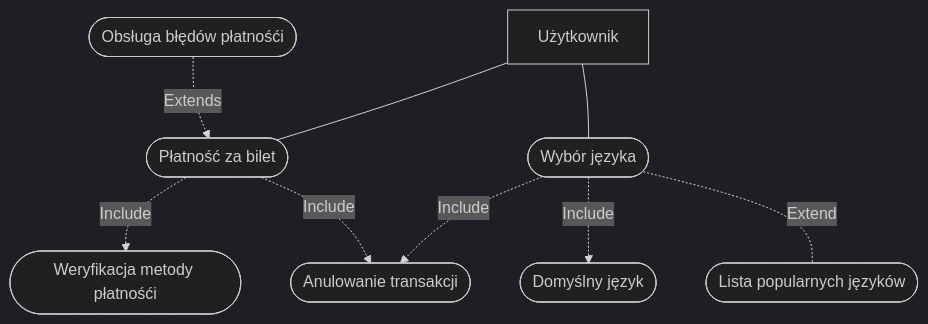
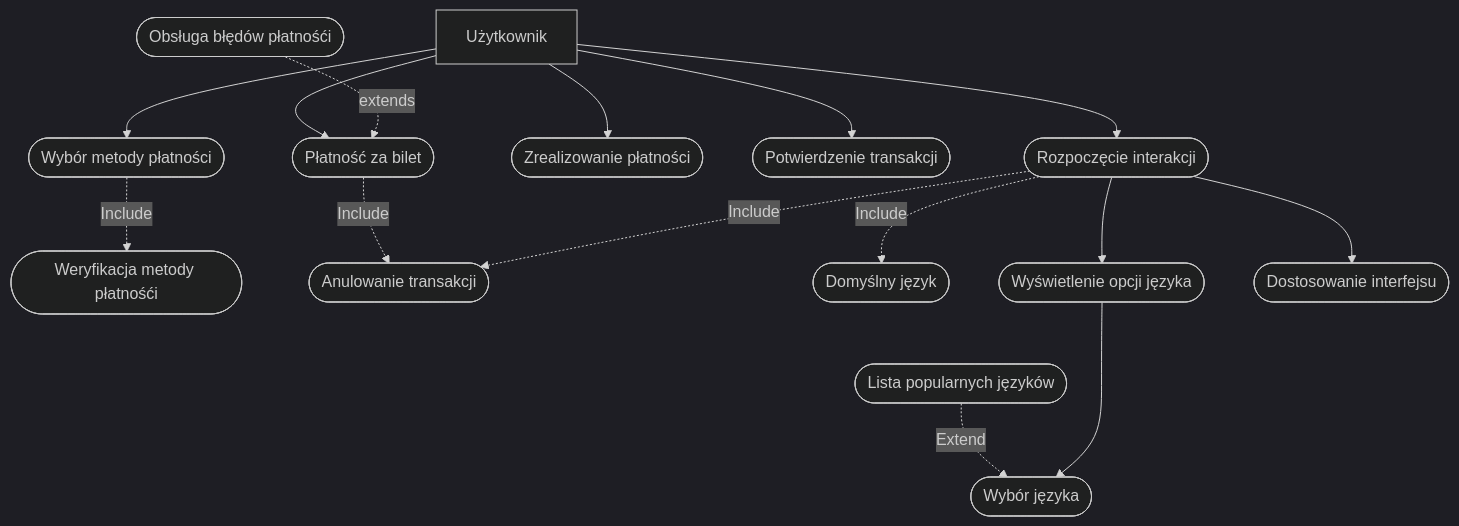
The third of 5 diagrams in userStory.md (WGrot/MWO_LAB), drawn with Mermaid (dark theme) before and after one commit.

````diff
--- a/userStory.md
+++ b/userStory.md
@@ -90,20 +90,37 @@
 ```mermaid
 flowchart TD
+    A[Użytkownik]
+    B([Płatność za bilet])
+    C([Weryfikacja metody płatnośći])
     D([Anulowanie transakcji])
-    E([Obsługa błędów płatnośći]) -.-> |Extends| B
-    A[Użytkownik] --- B([Płatność za bilet])
-    B -.-> |Include| C([Weryfikacja metody płatnośći])
+    E([Obsługa błędów płatnośći])
+    F([Wybór metody płatności])
+    I([Zrealizowanie płatności])
+    J([Potwierdzenie transakcji])
+    X(["Wybór języka"])
+    Y(["Domyślny język"])
+    Z(["Lista popularnych języków"])
+    V(["Rozpoczęcie interakcji"])
+    P([Wyświetlenie opcji języka])
+    O([Dostosowanie interfejsu])
+
+    A --> B
+    A --> F
+    A --> I
+    A --> J
+    F -.-> |Include| C
     B -.-> |Include| D
+    E -.-> |extends| B
+
+
    
-
-    F(["Wybór języka"])
-    G(["Domyślny język"])
-    H(["Lista popularnych języków"])
-    A --- F
-    
-    F -.-> |Include|G
-    F <-.- |Extend|H
-    F -.-> |Include|D
+    A --> V
+    V --> P
+    V --> O
+    V -.-> |Include|Y
+    Z -.-> |Extend|X
+    V -.-> |Include|D
+    P ---> X
 
  
 ```
````
